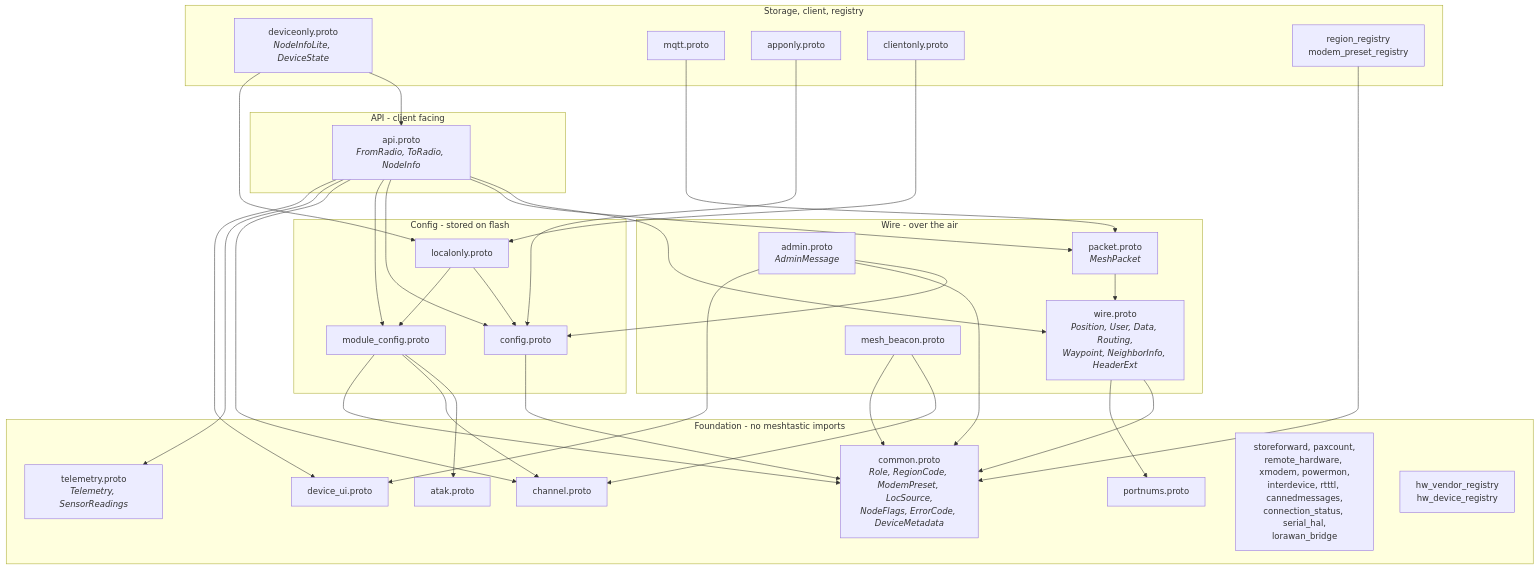
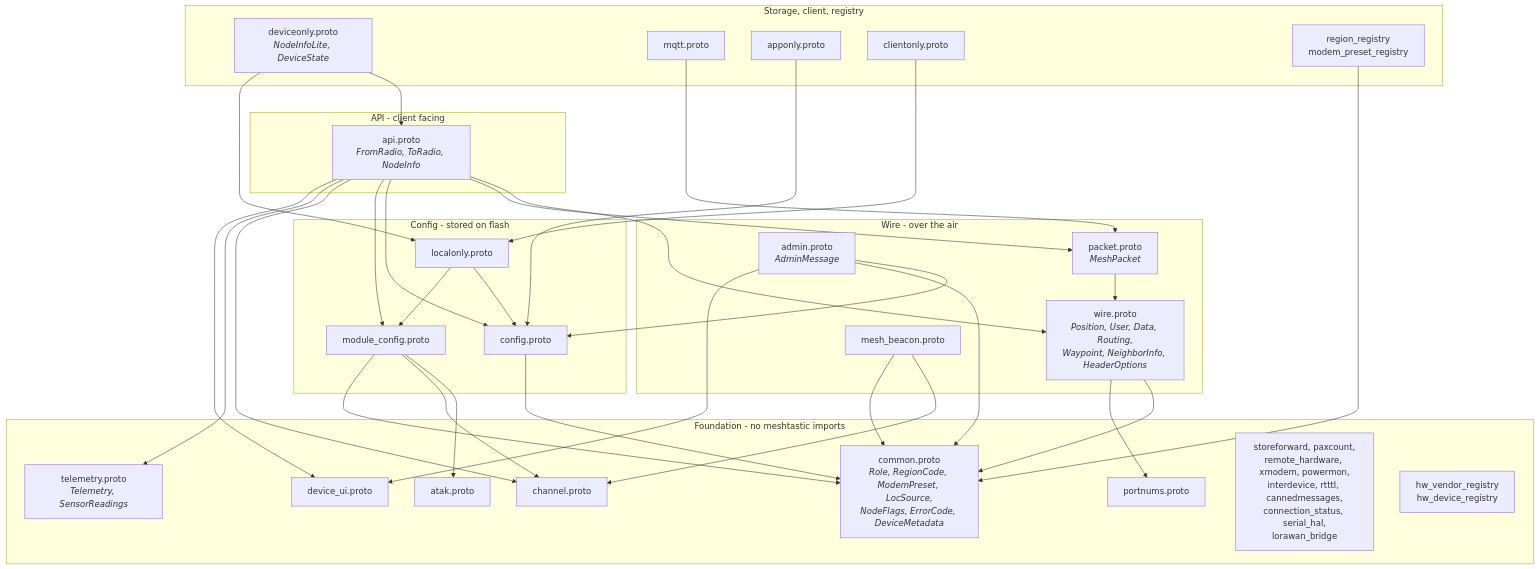
One commit to meshtastic/protobufs changed the diagram in SCHEMA.md. Above: the diagram before and after it, drawn with Mermaid. The commit also changed other lines of this file and 4 other files, not shown here.

First line of the commit message:
Name the optional-fields block options, not ext

````diff
--- a/SCHEMA.md
+++ b/SCHEMA.md
@@ -15,66 +15,66 @@
 ```mermaid
 graph TD
     subgraph Foundation["Foundation - no meshtastic imports"]
         common[common.proto<br/><i>Role, RegionCode, ModemPreset, LocSource,<br/>NodeFlags, ErrorCode, DeviceMetadata</i>]
         portnums[portnums.proto]
         channel[channel.proto]
         telemetry[telemetry.proto<br/><i>Telemetry, SensorReadings</i>]
         deviceui[device_ui.proto]
         atak[atak.proto]
         modules[storeforward, paxcount,<br/>remote_hardware, xmodem, powermon,<br/>interdevice, rtttl, cannedmessages,<br/>connection_status, serial_hal,<br/>lorawan_bridge]
         registries[hw_vendor_registry<br/>hw_device_registry]
     end
 
     subgraph Wire["Wire - over the air"]
-        wire[wire.proto<br/><i>Position, User, Data, Routing,<br/>Waypoint, NeighborInfo, HeaderExt</i>]
+        wire[wire.proto<br/><i>Position, User, Data, Routing,<br/>Waypoint, NeighborInfo, HeaderOptions</i>]
         packet[packet.proto<br/><i>MeshPacket</i>]
         beacon[mesh_beacon.proto]
         admin[admin.proto<br/><i>AdminMessage</i>]
     end
 
     subgraph Config["Config - stored on flash"]
         config[config.proto]
         moduleconfig[module_config.proto]
         localonly[localonly.proto]
     end
 
     subgraph Api["API - client facing"]
         api[api.proto<br/><i>FromRadio, ToRadio, NodeInfo</i>]
     end
 
     subgraph Other["Storage, client, registry"]
         deviceonly[deviceonly.proto<br/><i>NodeInfoLite, DeviceState</i>]
         mqtt[mqtt.proto]
         apponly[apponly.proto]
         clientonly[clientonly.proto]
         regreg[region_registry<br/>modem_preset_registry]
     end
 
     wire --> common
     wire --> portnums
     packet --> wire
     beacon --> channel
     beacon --> common
     config --> common
     moduleconfig --> atak
     moduleconfig --> channel
     moduleconfig --> common
     localonly --> config
     localonly --> moduleconfig
     regreg --> common
     api --> wire
     api --> packet
     api --> config
     api --> moduleconfig
     api --> channel
     api --> telemetry
     api --> deviceui
     admin --> config
     admin --> common
     admin --> deviceui
     deviceonly --> api
     deviceonly --> localonly
     mqtt --> packet
     apponly --> config
     clientonly --> localonly
 ```
````
